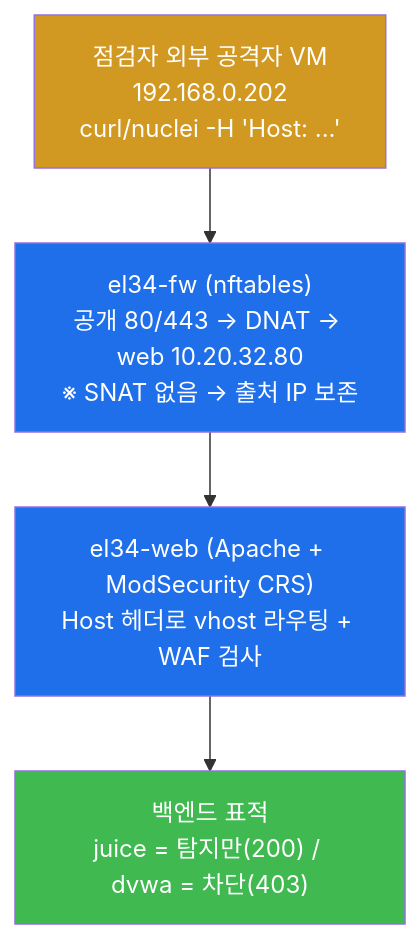
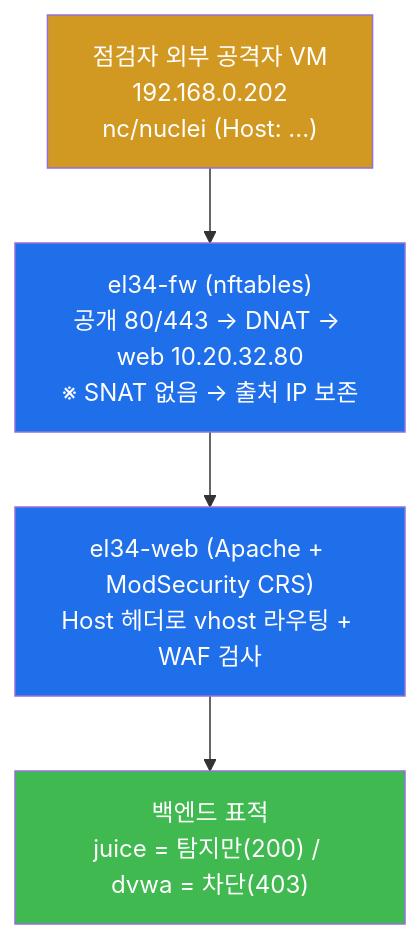
Before and after one commit to mrgrit/tw2: the eighth of 10 diagrams in contents/training/web-vuln/lecture_week15.md, drawn with Mermaid. The commit also changed other lines of this file and 99 other files, not shown here.

````diff
--- a/contents/training/web-vuln/lecture_week15.md
+++ b/contents/training/web-vuln/lecture_week15.md
@@ -452,12 +452,12 @@
 ```mermaid
 graph TD
-    ATK["점검자 외부 공격자 VM<br/>192.168.0.202<br/>curl/nuclei -H 'Host: ...'"]
+    ATK["점검자 외부 공격자 VM<br/>192.168.0.202<br/>nc/nuclei (Host: ...)"]
     FW["el34-fw (nftables)<br/>공개 80/443 → DNAT → web 10.20.32.80<br/>※ SNAT 없음 → 출처 IP 보존"]
     WEB["el34-web (Apache + ModSecurity CRS)<br/>Host 헤더로 vhost 라우팅 + WAF 검사"]
     APP["백엔드 표적<br/>juice = 탐지만(200) / dvwa = 차단(403)"]
     ATK --> FW --> WEB --> APP
     style ATK fill:#d29922,color:#fff
     style FW fill:#1f6feb,color:#fff
     style WEB fill:#1f6feb,color:#fff
     style APP fill:#3fb950,color:#fff
 ```
````
